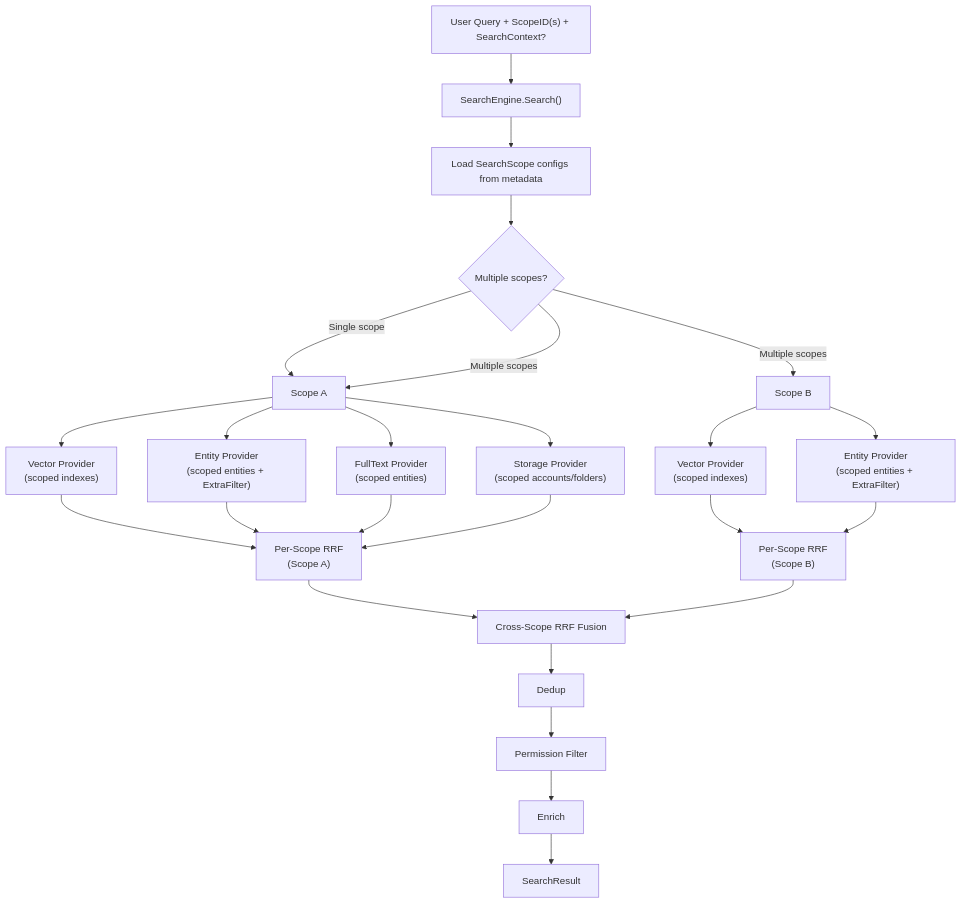
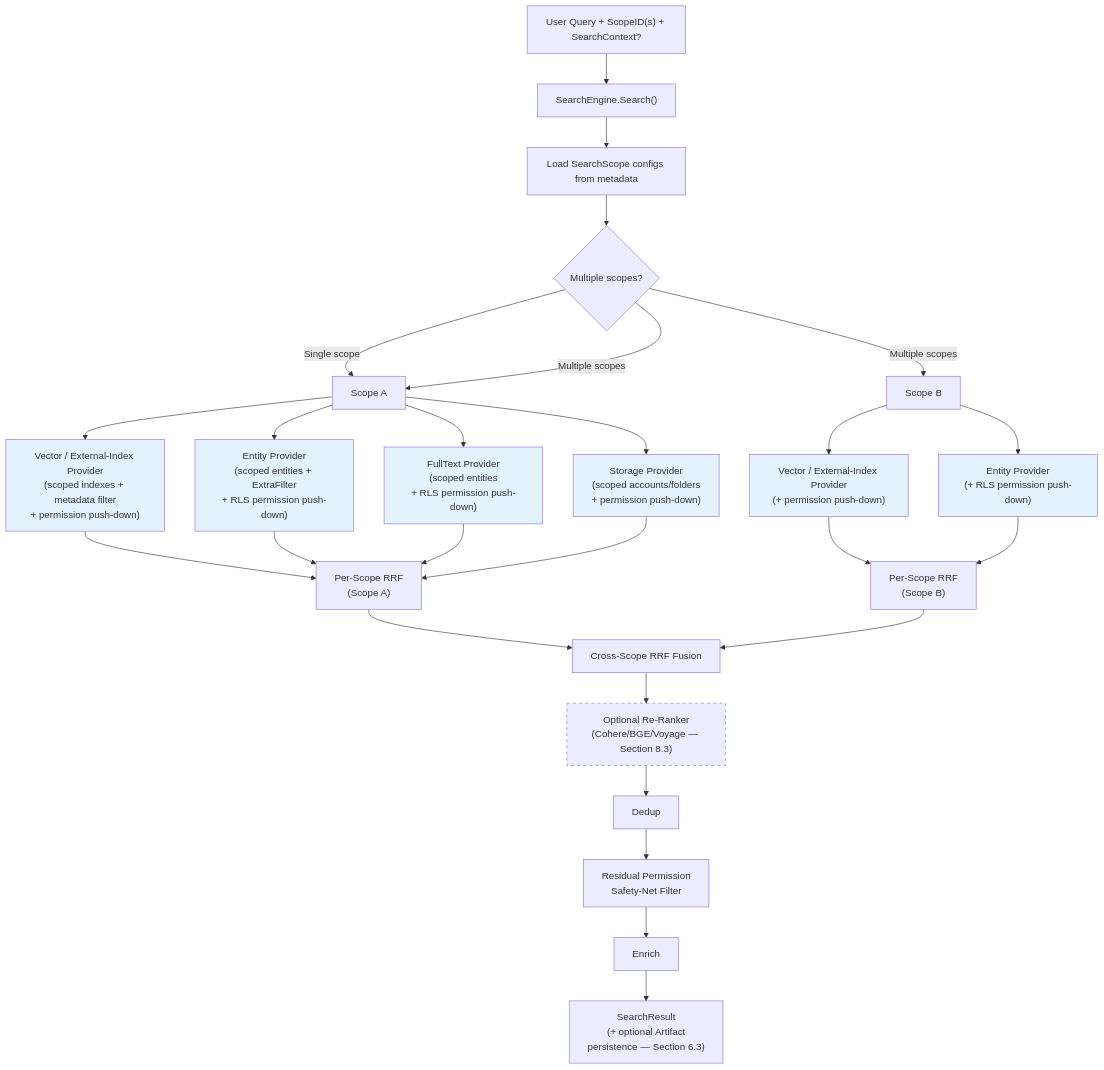
The second of 9 diagrams in plans/search-scopes-rag-plus.md (MemberJunction/MJ), drawn with Mermaid before and after one commit. The commit also changed other lines of this file, not shown here.

````diff
--- a/plans/search-scopes-rag-plus.md
+++ b/plans/search-scopes-rag-plus.md
@@ -64,34 +66,43 @@
 ```mermaid
 flowchart TD
     Q["User Query + ScopeID(s) + SearchContext?"] --> SE["SearchEngine.Search()"]
     SE --> LOAD["Load SearchScope configs from metadata"]
     LOAD --> CHECK{Multiple scopes?}
 
     CHECK -->|Single scope| S1["Scope A"]
     CHECK -->|Multiple scopes| S1
     CHECK -->|Multiple scopes| S2["Scope B"]
 
-    S1 --> S1V["Vector Provider\n(scoped indexes)"]
-    S1 --> S1E["Entity Provider\n(scoped entities + ExtraFilter)"]
-    S1 --> S1F["FullText Provider\n(scoped entities)"]
-    S1 --> S1S["Storage Provider\n(scoped accounts/folders)"]
+    S1 --> S1V["Vector / External-Index Provider\n(scoped indexes + metadata filter\n+ permission push-down)"]
+    S1 --> S1E["Entity Provider\n(scoped entities + ExtraFilter\n+ RLS permission push-down)"]
+    S1 --> S1F["FullText Provider\n(scoped entities\n+ RLS permission push-down)"]
+    S1 --> S1S["Storage Provider\n(scoped accounts/folders\n+ permission push-down)"]
 
-    S2 --> S2V["Vector Provider\n(scoped indexes)"]
-    S2 --> S2E["Entity Provider\n(scoped entities + ExtraFilter)"]
+    S2 --> S2V["Vector / External-Index Provider\n(+ permission push-down)"]
+    S2 --> S2E["Entity Provider\n(+ RLS permission push-down)"]
 
     S1V --> RRF1["Per-Scope RRF\n(Scope A)"]
     S1E --> RRF1
     S1F --> RRF1
     S1S --> RRF1
 
     S2V --> RRF2["Per-Scope RRF\n(Scope B)"]
     S2E --> RRF2
 
     RRF1 --> XRRF["Cross-Scope RRF Fusion"]
     RRF2 --> XRRF
 
-    XRRF --> DD["Dedup"]
-    DD --> PERM["Permission Filter"]
-    PERM --> ENR["Enrich"]
-    ENR --> RES["SearchResult"]
+    XRRF --> RR["Optional Re-Ranker\n(Cohere/BGE/Voyage — Section 8.3)"]
+    RR --> DD["Dedup"]
+    DD --> LATE["Residual Permission\nSafety-Net Filter"]
+    LATE --> ENR["Enrich"]
+    ENR --> RES["SearchResult\n(+ optional Artifact\npersistence — Section 6.3)"]
+
+    style S1V fill:#e3f2fd
+    style S1E fill:#e3f2fd
+    style S1F fill:#e3f2fd
+    style S1S fill:#e3f2fd
+    style S2V fill:#e3f2fd
+    style S2E fill:#e3f2fd
+    style RR stroke-dasharray: 5 5
 ```
````
